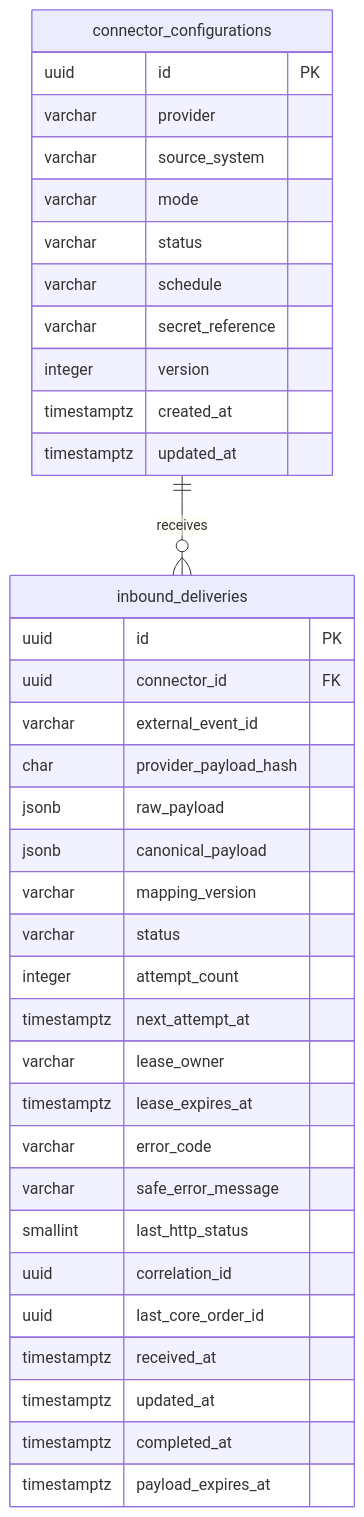
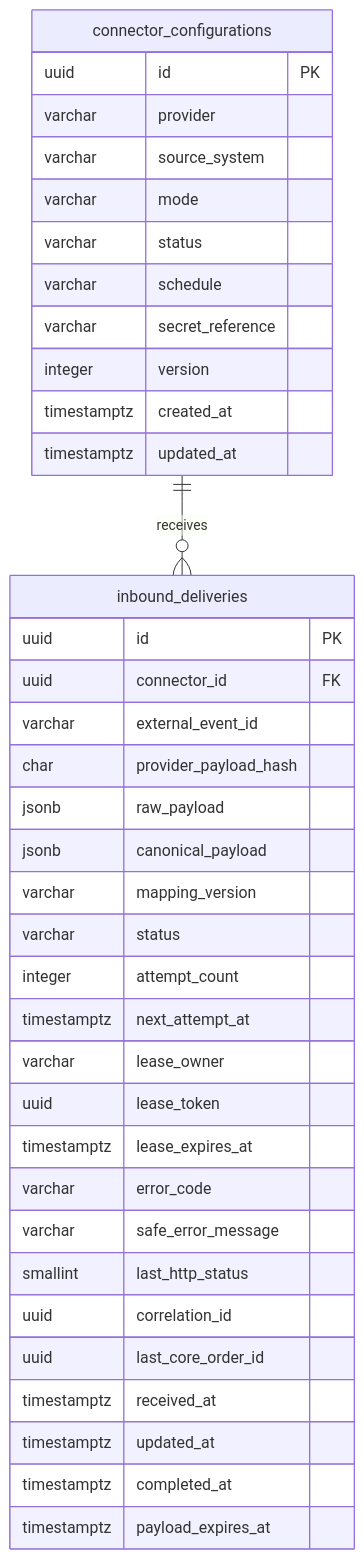
The second of 2 diagrams in docs/data-model.md (PietroRussoD/commerce-integration-hub), drawn with Mermaid before and after one commit. The commit also changed other lines of this file and 6 other files, not shown here.

````diff
--- a/docs/data-model.md
+++ b/docs/data-model.md
@@ -137,41 +137,42 @@
 ```mermaid
 erDiagram
     connector_configurations ||--o{ inbound_deliveries : receives
 
     connector_configurations {
         uuid id PK
         varchar provider
         varchar source_system
         varchar mode
         varchar status
         varchar schedule
         varchar secret_reference
         integer version
         timestamptz created_at
         timestamptz updated_at
     }
 
     inbound_deliveries {
         uuid id PK
         uuid connector_id FK
         varchar external_event_id
         char provider_payload_hash
         jsonb raw_payload
         jsonb canonical_payload
         varchar mapping_version
         varchar status
         integer attempt_count
         timestamptz next_attempt_at
         varchar lease_owner
+        uuid lease_token
         timestamptz lease_expires_at
         varchar error_code
         varchar safe_error_message
         smallint last_http_status
         uuid correlation_id
         uuid last_core_order_id
         timestamptz received_at
         timestamptz updated_at
         timestamptz completed_at
         timestamptz payload_expires_at
     }
 ```
````
